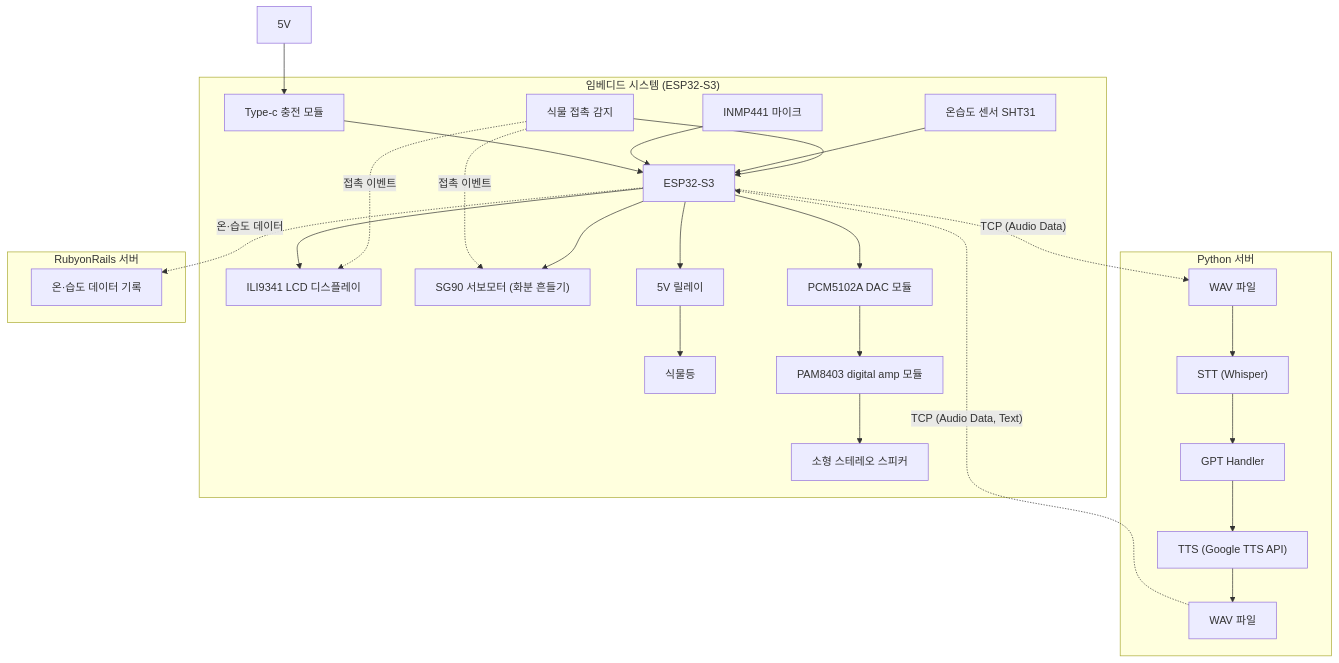
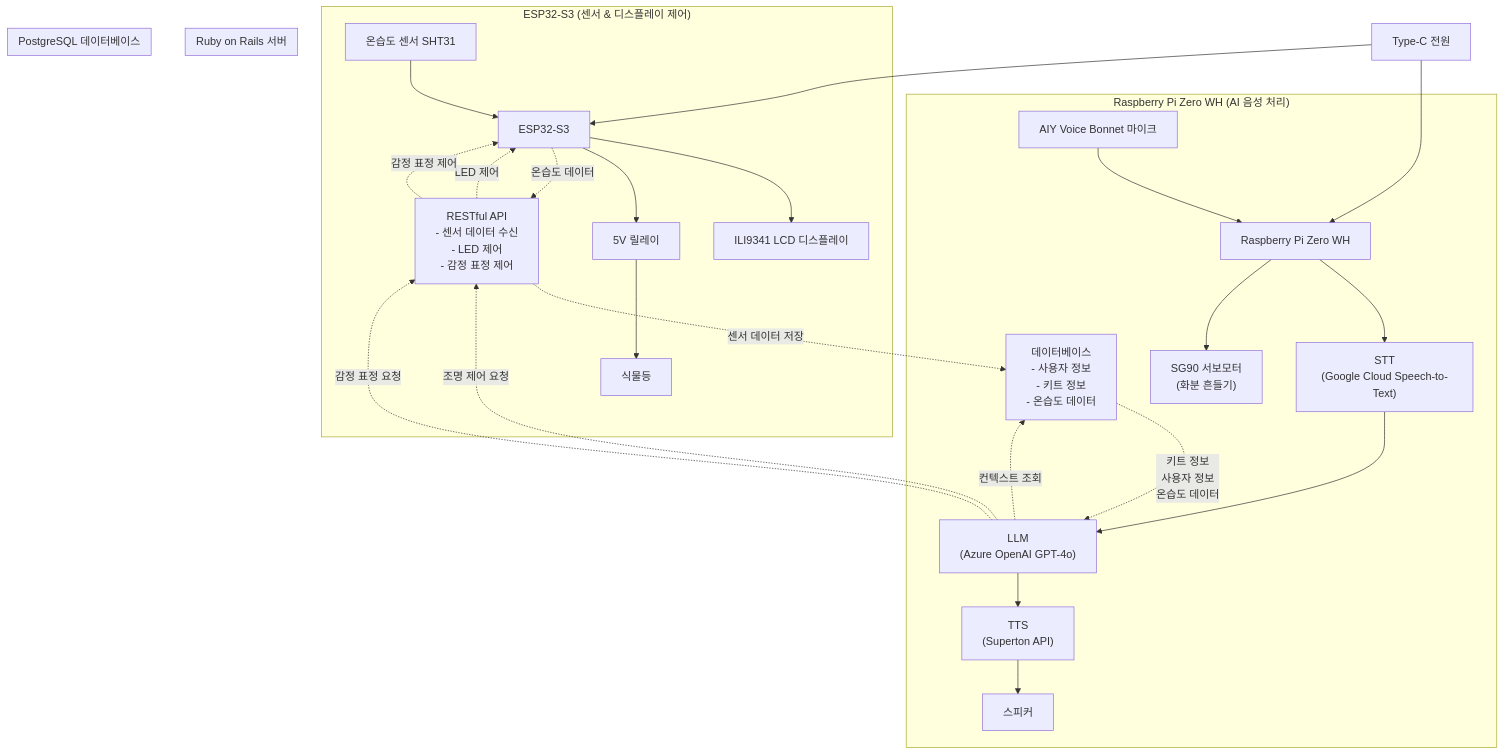
One commit to do0ori/chytonpide-embedded changed the diagram in README.md. Above: the diagram before and after it, drawn with Mermaid. The commit also changed other lines of this file and 1 other file, not shown here.

Commit message:
docs: Update README to new architecture

````diff
--- a/README.md
+++ b/README.md
@@ -54,31 +62,49 @@
 ```mermaid
 flowchart TB
-  subgraph Device ["임베디드 시스템 (ESP32-S3)"]
-    T["식물 접촉 감지"] --> MCU
+
+%% --- ESP32 그룹 ---
+subgraph ESP32["ESP32-S3 (센서 & 디스플레이 제어)"]
     TH["온습도 센서 SHT31"] --> MCU["ESP32-S3"]
-    MIC[INMP441 마이크] --> MCU
-    P["Type-c 충전 모듈"] --> MCU
-    T-. 접촉 이벤트 .-> LCD
     MCU --> LCD["ILI9341 LCD 디스플레이"]
-    MCU --> M["SG90 서보모터 (화분 흔들기)"]
-    T-. 접촉 이벤트 .-> M
     MCU --> R["5V 릴레이"] --> L["식물등"]
-    MCU --> S["PCM5102A DAC 모듈"] --> A["PAM8403 digital amp 모듈"] --> SP["소형 스테레오 스피커"]
-  end
 
-  subgraph Cloud1 ["Python 서버"]
-    API_IN[WAV 파일] --> STT["STT (Whisper)"]
-    STT --> LLM[GPT Handler]
-    LLM --> TTS["TTS (Google TTS API)"]
-    TTS --> API_OUT[WAV 파일]
-  end
+    MCU -. 온습도 데이터 .-> API
+    API -. LED 제어 .-> MCU
+    API -. 감정 표정 제어 .-> MCU
+end
 
-  subgraph Cloud2 ["RubyonRails 서버"]
-    API[온·습도 데이터 기록]
-  end
+%% --- Raspberry Pi 그룹 ---
+subgraph RPI["Raspberry Pi Zero WH (AI 음성 처리)"]
+    RPI_MCU["Raspberry Pi Zero WH"]
 
-  MCU-. TCP (Audio Data) .-> API_IN
-  API_OUT-. TCP (Audio Data, Text) .-> MCU
-  MCU-. 온·습도 데이터 .-> API
-  EP["5V"] --> P
+    MIC["AIY Voice Bonnet 마이크"] --> RPI_MCU
+    RPI_MCU --> STT["STT<br/>(Google Cloud Speech-to-Text)"]
+    STT --> LLM["LLM<br/>(Azure OpenAI GPT-4o)"]
+    LLM --> TTS["TTS<br/>(Superton API)"]
+    TTS --> SPK["스피커"]
+
+    RPI_MCU --> MOTOR["SG90 서보모터<br/>(화분 흔들기)"]
+
+    LLM -. 조명 제어 요청 .-> API
+    LLM -. 감정 표정 요청 .-> API
+    LLM -. 컨텍스트 조회 .-> DB_NODE
+end
+
+%% --- Rails 서버 그룹 ---
+subgraph SERVER_GROUP["Ruby on Rails 서버"]
+    API["RESTful API<br/>- 센서 데이터 수신<br/>- LED 제어<br/>- 감정 표정 제어"]
+end
+
+%% --- PostgreSQL DB 그룹 ---
+subgraph DB_GROUP["PostgreSQL 데이터베이스"]
+    DB_NODE["데이터베이스<br/>- 사용자 정보<br/>- 키트 정보<br/>- 온습도 데이터"]
+end
+
+%% --- 서버-DB 연결 ---
+API -. 센서 데이터 저장 .-> DB_NODE
+DB_NODE -. 키트 정보<br/>사용자 정보<br/>온습도 데이터 .-> LLM
+
+%% --- 전원 ---
+P["Type-C 전원"] --> MCU
+P --> RPI_MCU
 ```
````
